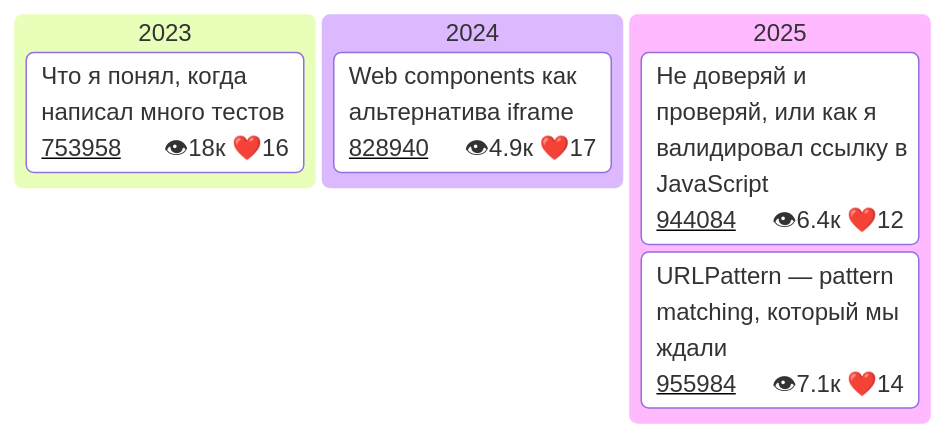
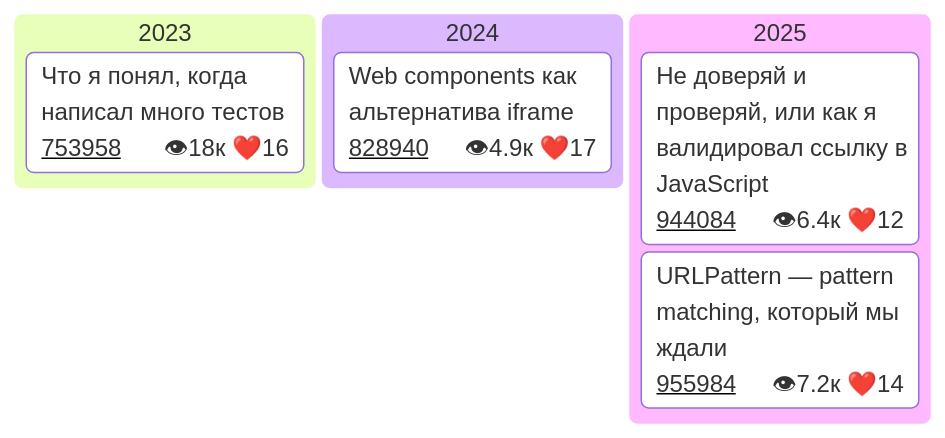
Before and after one commit to Goodzonchik/Goodzonchik: the fourth of 4 diagrams in README.md, drawn with Mermaid. The commit also changed other lines of this file, not shown here.

````diff
--- a/README.md
+++ b/README.md
@@ -52,28 +53,28 @@
 ```mermaid
 ---
 config:
   kanban:
     ticketBaseUrl: 'https://habr.com/ru/companies/tbank/articles/#TICKET#'
 
 ---
 kanban
   2023
     card1["Что я понял, когда написал много тестов"]@{
       ticket: 753958
       assigned: 👁18к ❤️16
     }
   2024
     card2["Web components как альтернатива iframe"]@{
       ticket: 828940
       assigned: 👁4.9к ❤️17
     }
   2025
     card3["Не доверяй и проверяй, или как я валидировал ссылку в JavaScript"]@{
       ticket: 944084
       assigned: 👁6.4к ❤️12
     }
    card4["URLPattern — pattern matching, который мы ждали"]@{
       ticket: 955984
-      assigned: 👁7.1к ❤️14
+      assigned: 👁7.2к ❤️14
     }
 ```
````
